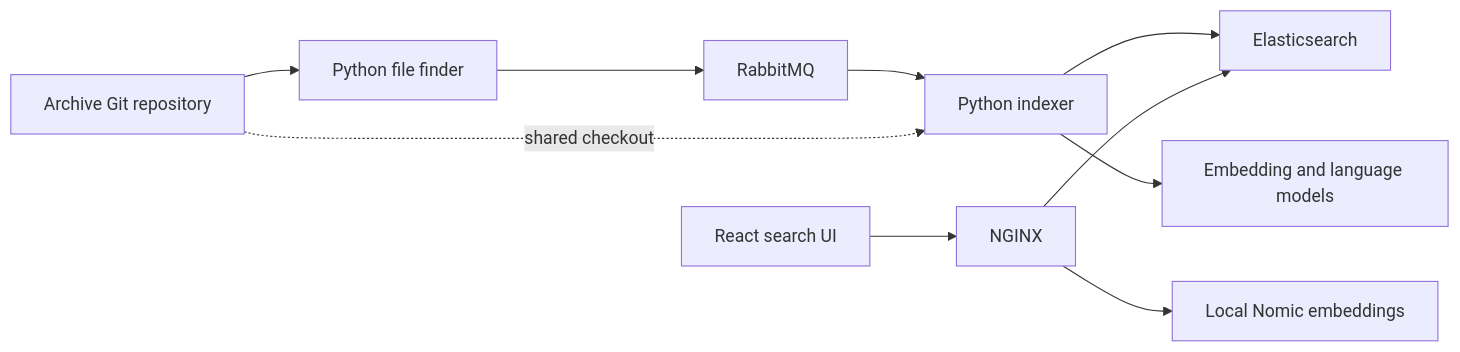
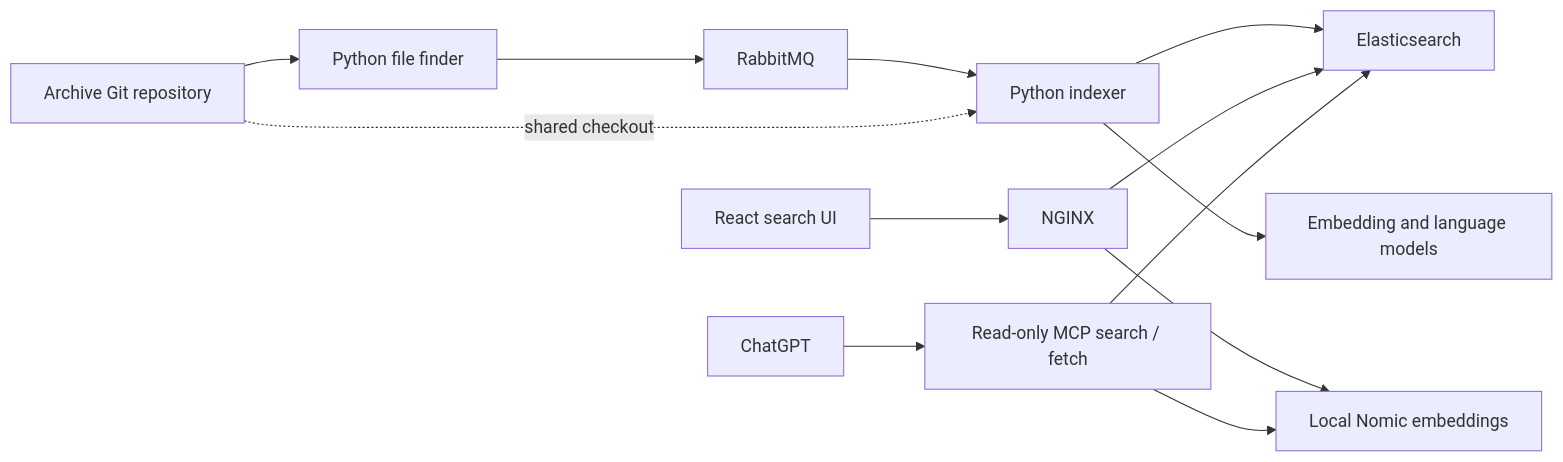
Before and after one commit to dbsanfte/eq-archives-software: the diagram in README.md, drawn with Mermaid. The commit also changed other lines of this file and 28 other files, not shown here.

Commit message:
feat: add read-only ChatGPT research connector

````diff
--- a/README.md
+++ b/README.md
@@ -24,12 +25,15 @@
 ```mermaid
 flowchart LR
     Archive[Archive Git repository] --> Finder[Python file finder]
     Finder --> Queue[RabbitMQ]
     Queue --> Worker[Python indexer]
     Archive -. shared checkout .-> Worker
     Worker --> ES[Elasticsearch]
     Worker --> Models[Embedding and language models]
     Browser[React search UI] --> Proxy[NGINX]
     Proxy --> ES
     Proxy --> Embeddings[Local Nomic embeddings]
+    ChatGPT --> MCP[Read-only MCP search / fetch]
+    MCP --> ES
+    MCP --> Embeddings
 ```
````
